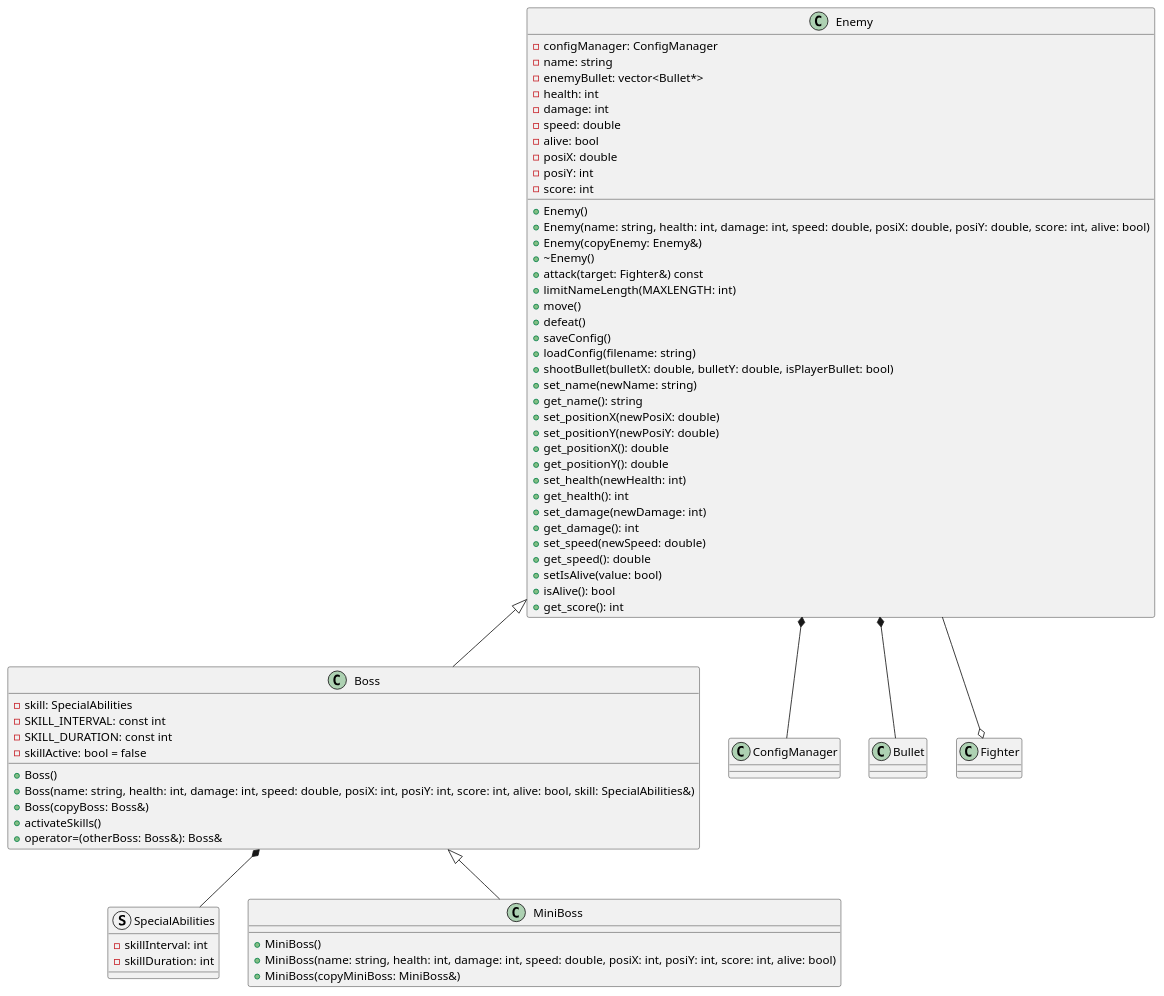
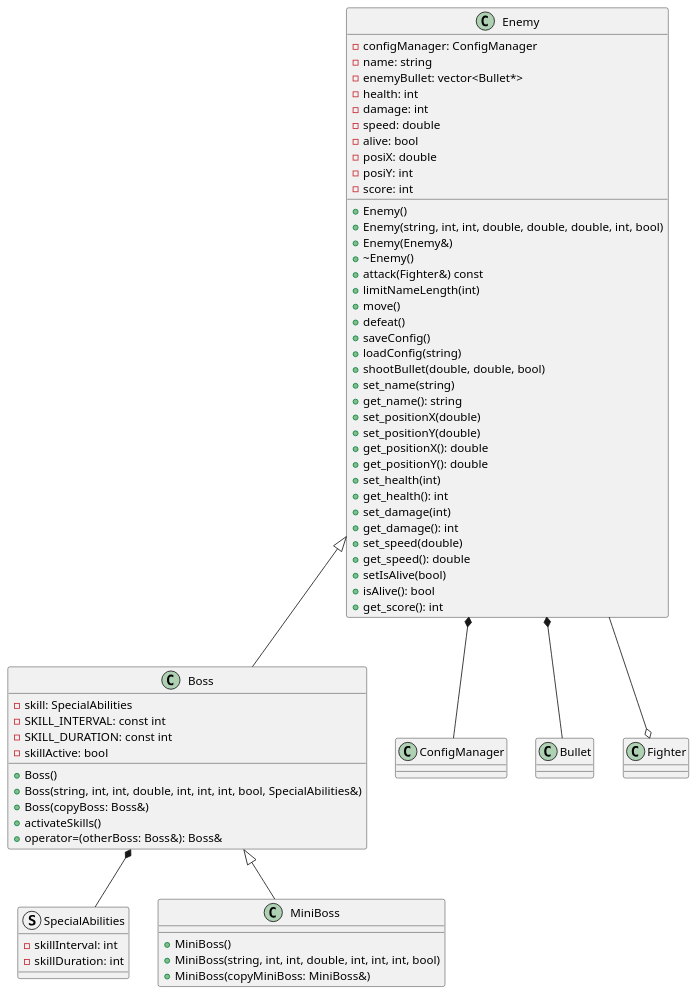
The diagram in UML_Diagrams/enemy.puml (MHorsford/Galaga), drawn with PlantUML before and after one commit. The commit also changed 26 other files, not shown here.

```diff
--- a/UML_Diagrams/enemy.puml
+++ b/UML_Diagrams/enemy.puml
@@ -1,71 +1,71 @@
 @startuml
 
 class Enemy {
     - configManager: ConfigManager
     - name: string
     - enemyBullet: vector<Bullet*>
     - health: int
     - damage: int
     - speed: double
     - alive: bool
     - posiX: double
     - posiY: int
     - score: int
     + Enemy()
-    + Enemy(name: string, health: int, damage: int, speed: double, posiX: double, posiY: double, score: int, alive: bool)
-    + Enemy(copyEnemy: Enemy&)
+    + Enemy(string, int, int, double, double, double, int, bool)
+    + Enemy(Enemy&)
     + ~Enemy()
-    + attack(target: Fighter&) const
-    + limitNameLength(MAXLENGTH: int)
+    + attack(Fighter&) const
+    + limitNameLength(int)
     + move()
     + defeat()
     + saveConfig()
-    + loadConfig(filename: string)
-    + shootBullet(bulletX: double, bulletY: double, isPlayerBullet: bool)
-    + set_name(newName: string)
+    + loadConfig(string)
+    + shootBullet(double, double, bool)
+    + set_name(string)
     + get_name(): string
-    + set_positionX(newPosiX: double)
-    + set_positionY(newPosiY: double)
+    + set_positionX(double)
+    + set_positionY(double)
     + get_positionX(): double
     + get_positionY(): double
-    + set_health(newHealth: int)
+    + set_health(int)
     + get_health(): int
-    + set_damage(newDamage: int)
+    + set_damage(int)
     + get_damage(): int
-    + set_speed(newSpeed: double)
+    + set_speed(double)
     + get_speed(): double
-    + setIsAlive(value: bool)
+    + setIsAlive(bool)
     + isAlive(): bool
     + get_score(): int
 }
 
 struct SpecialAbilities {
     - skillInterval: int
     - skillDuration: int
 }
 
 class Boss {
     - skill: SpecialAbilities
     - SKILL_INTERVAL: const int
     - SKILL_DURATION: const int
-    - skillActive: bool = false
+    - skillActive: bool
     + Boss()
-    + Boss(name: string, health: int, damage: int, speed: double, posiX: int, posiY: int, score: int, alive: bool, skill: SpecialAbilities&)
+    + Boss(string, int, int, double, int, int, int, bool, SpecialAbilities&)
     + Boss(copyBoss: Boss&)
     + activateSkills()
     + operator=(otherBoss: Boss&): Boss&
 }
 
 class MiniBoss {
     + MiniBoss()
-    + MiniBoss(name: string, health: int, damage: int, speed: double, posiX: int, posiY: int, score: int, alive: bool)
+    + MiniBoss(string, int, int, double, int, int, int, bool)
     + MiniBoss(copyMiniBoss: MiniBoss&)
 }
 
 Enemy <|-- Boss
 Boss <|-- MiniBoss
 Boss *-- SpecialAbilities
 Enemy *-- ConfigManager
 Enemy *-- Bullet
 Enemy --o Fighter
 @enduml
```
